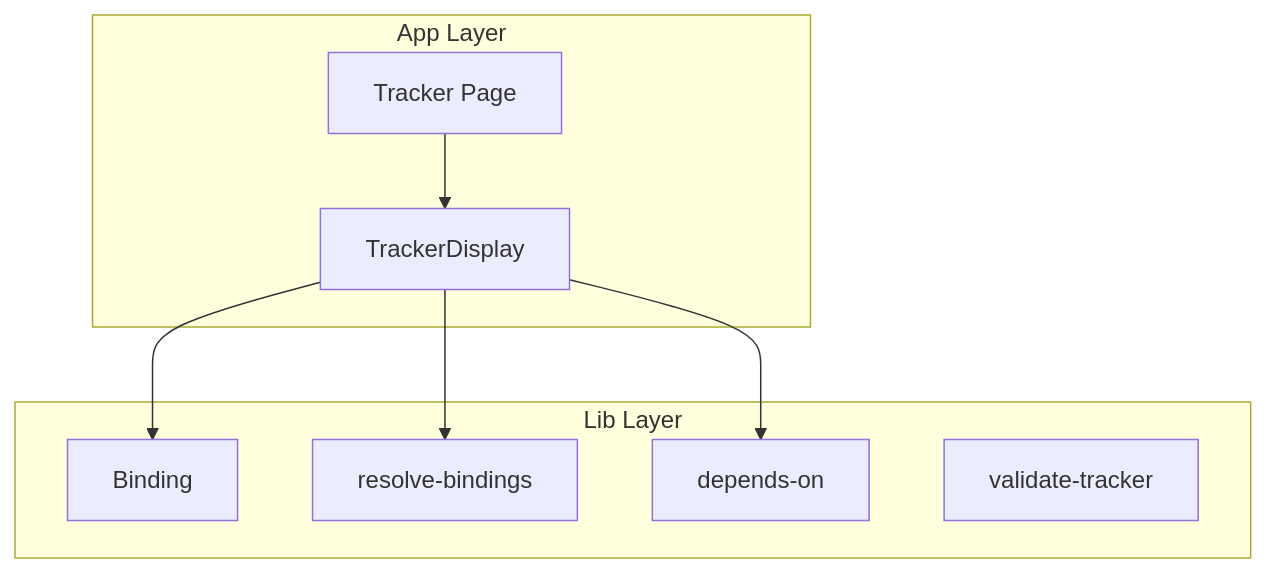
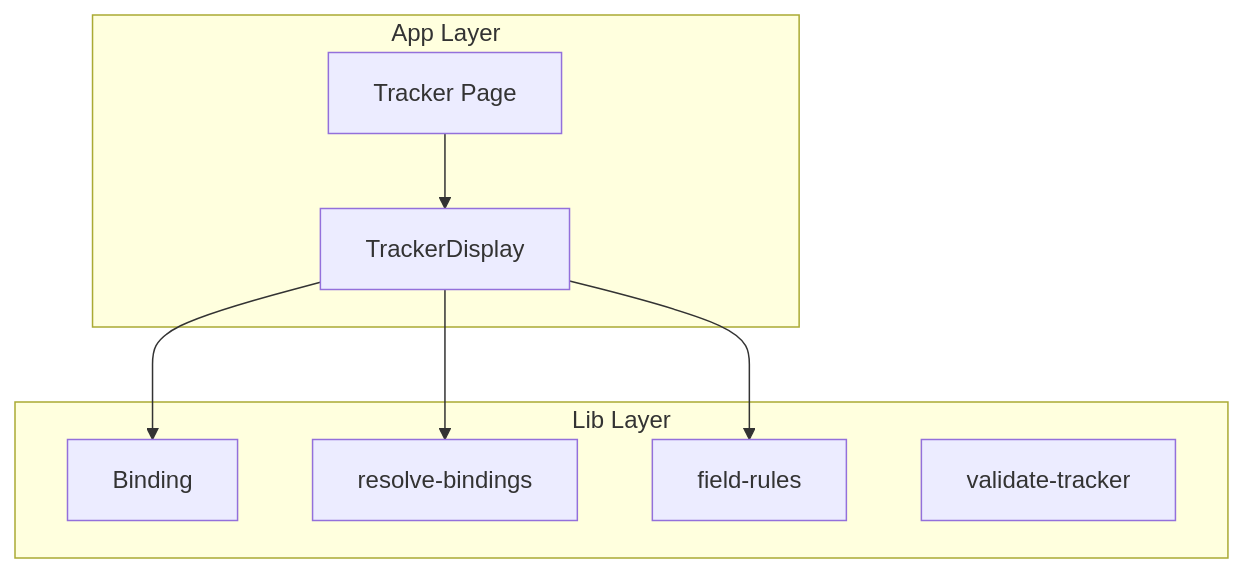
Before and after one commit to zarif007/Trckr: the diagram in docs/ARCHITECTURE.md, drawn with Mermaid. The commit also changed other lines of this file and 105 other files, not shown here.

Commit message:
rename: dependsOn to fieldRules

````diff
--- a/docs/ARCHITECTURE.md
+++ b/docs/ARCHITECTURE.md
@@ -14,17 +14,17 @@
 ```mermaid
 flowchart TB
   subgraph App [App Layer]
     Page[Tracker Page]
     TrackerDisplay[TrackerDisplay]
   end
   subgraph Lib [Lib Layer]
     Binding[Binding]
     ResolveBindings[resolve-bindings]
-    DependsOn[depends-on]
+    FieldRules[field-rules]
     Validate[validate-tracker]
   end
   Page --> TrackerDisplay
   TrackerDisplay --> Binding
   TrackerDisplay --> ResolveBindings
-  TrackerDisplay --> DependsOn
+  TrackerDisplay --> FieldRules
 ```
````
